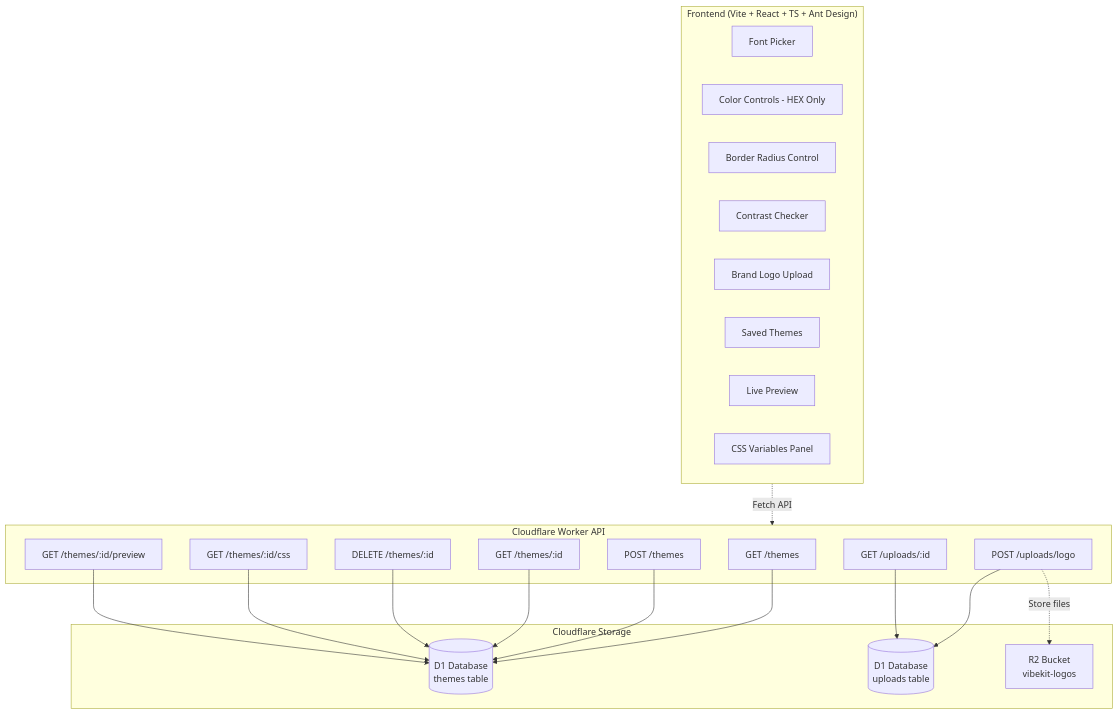
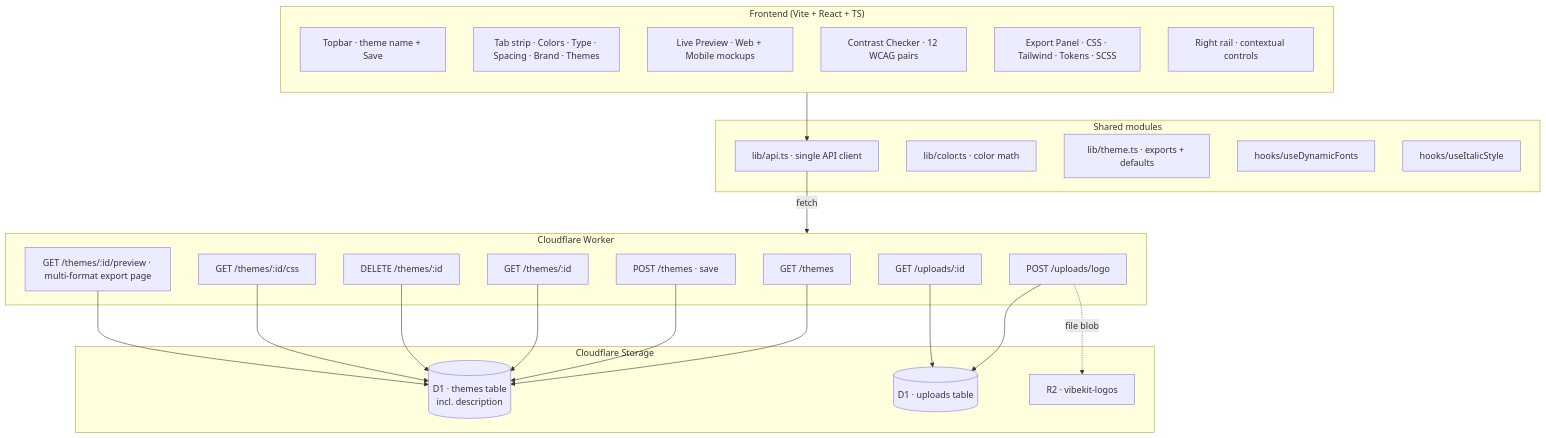
Before and after one commit to ajkendal/vibekit: the diagram in README.md, drawn with Mermaid. The commit also changed other lines of this file and 34 other files, not shown here.

````diff
--- a/README.md
+++ b/README.md
@@ -122,41 +104,49 @@
 ```mermaid
 flowchart TB
-  subgraph Frontend["Frontend (Vite + React + TS + Ant Design)"]
-    A1[Font Picker]
-    A2[Color Controls - HEX Only]
-    A3[Border Radius Control]
-    A4[Contrast Checker]
-    A5[Brand Logo Upload]
-    A6[Saved Themes]
-    A7[Live Preview]
-    A8[CSS Variables Panel]
+  subgraph Frontend["Frontend (Vite + React + TS)"]
+    direction TB
+    F1[Topbar · theme name + Save]
+    F2[Tab strip · Colors · Type · Spacing · Brand · Themes]
+    F3[Live Preview · Web + Mobile mockups]
+    F4[Contrast Checker · 12 WCAG pairs]
+    F5[Export Panel · CSS · Tailwind · Tokens · SCSS]
+    F6[Right rail · contextual controls]
   end
 
-  subgraph API["Cloudflare Worker API"]
-    B1[GET /themes]
-    B2[POST /themes]
-    B3[GET /themes/:id]
-    B4[DELETE /themes/:id]
-    B5[GET /themes/:id/css]
-    B6[GET /themes/:id/preview]
-    B7[POST /uploads/logo]
-    B8[GET /uploads/:id]
+  subgraph Lib["Shared modules"]
+    L1[lib/api.ts · single API client]
+    L2[lib/color.ts · color math]
+    L3[lib/theme.ts · exports + defaults]
+    L4[hooks/useDynamicFonts]
+    L5[hooks/useItalicStyle]
+  end
+
+  subgraph Worker["Cloudflare Worker"]
+    W1[GET /themes]
+    W2[POST /themes · save]
+    W3[GET /themes/:id]
+    W4[DELETE /themes/:id]
+    W5[GET /themes/:id/css]
+    W6[GET /themes/:id/preview · multi-format export page]
+    W7[POST /uploads/logo]
+    W8[GET /uploads/:id]
   end
 
   subgraph Storage["Cloudflare Storage"]
-    C1[(D1 Database<br/>themes table)]
-    C2[(D1 Database<br/>uploads table)]
-    C3[R2 Bucket<br/>vibekit-logos]
+    S1[(D1 · themes table<br/>incl. description)]
+    S2[(D1 · uploads table)]
+    S3[R2 · vibekit-logos]
   end
 
-  Frontend -.->|Fetch API| API
-  B1 --> C1
-  B2 --> C1
-  B3 --> C1
-  B4 --> C1
-  B5 --> C1
-  B6 --> C1
-  B7 --> C2
-  B7 -.->|Store files| C3
-  B8 --> C2
+  Frontend --> L1
+  L1 -->|fetch| Worker
+  W1 --> S1
+  W2 --> S1
+  W3 --> S1
+  W4 --> S1
+  W5 --> S1
+  W6 --> S1
+  W7 --> S2
+  W7 -.->|file blob| S3
+  W8 --> S2
 ```
````
